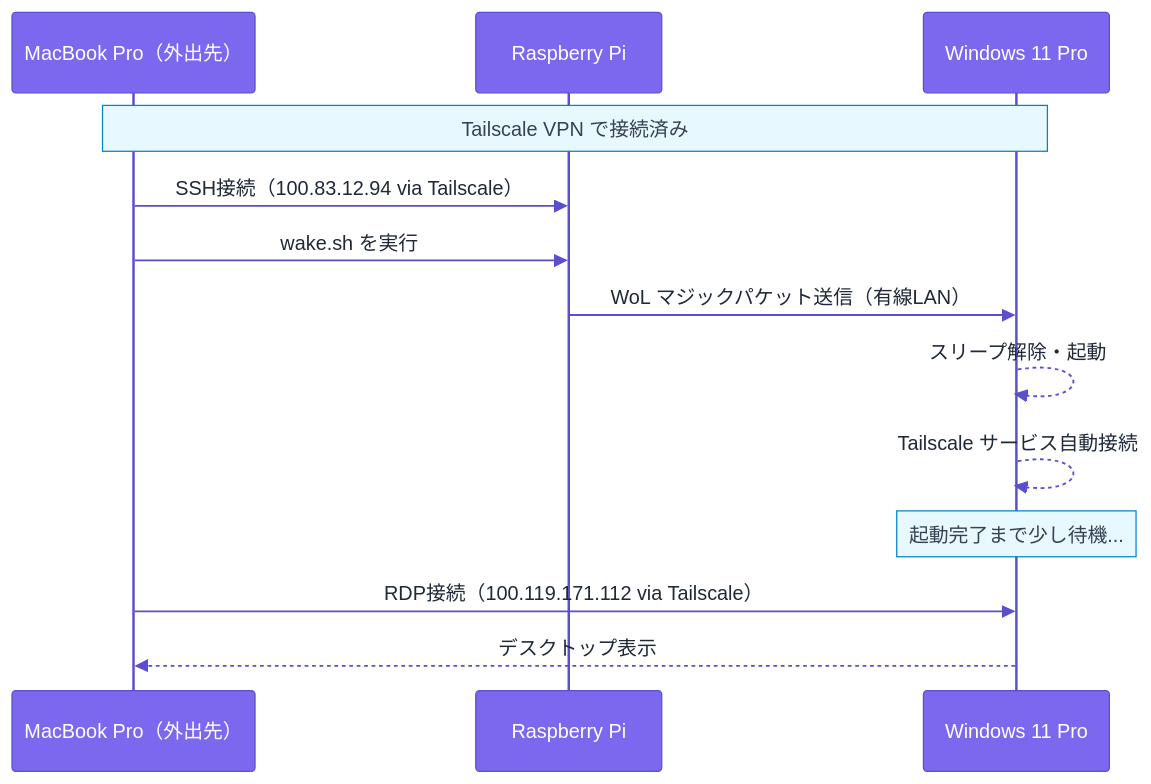
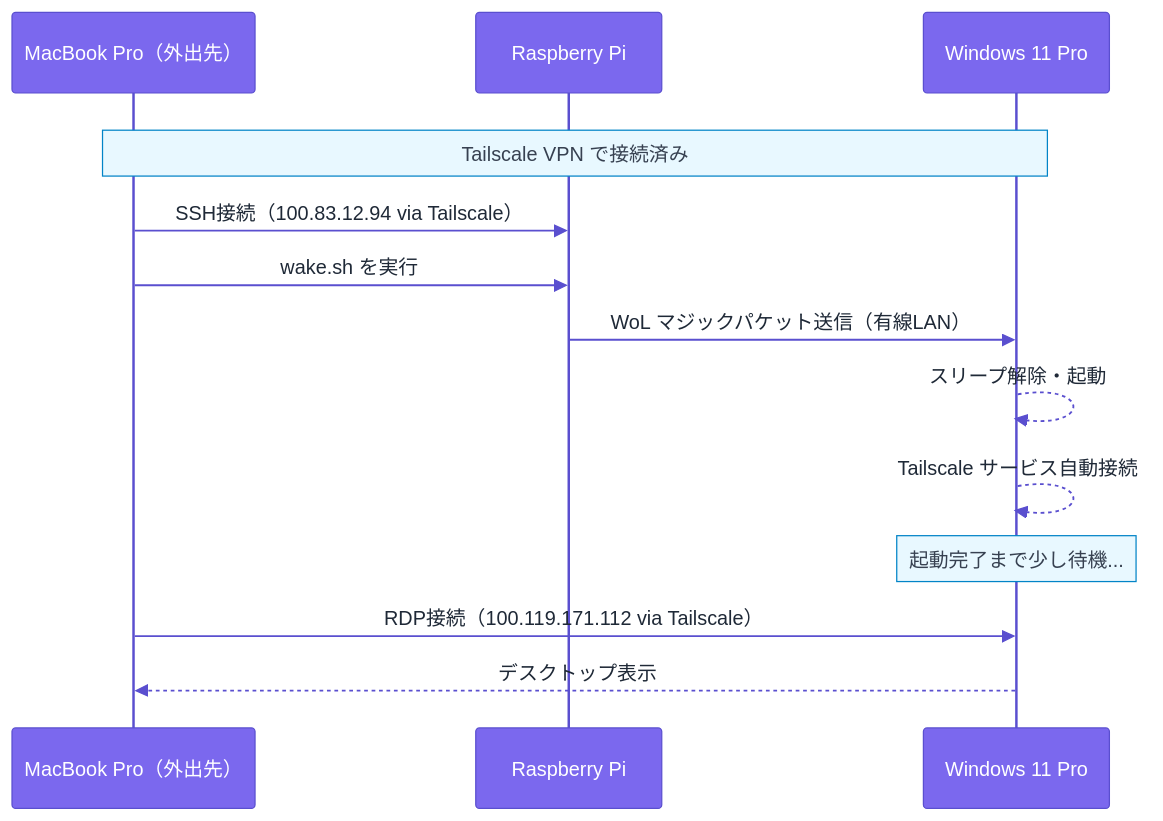
Before and after one commit to 0ceanMoo/qiita: the fourth of 4 diagrams in public/tailscale-wol-rdp.md, drawn with Mermaid. The commit also changed other lines of this file, not shown here.

Commit message:
シーケンス図の背景を修正

````diff
--- a/public/tailscale-wol-rdp.md
+++ b/public/tailscale-wol-rdp.md
@@ -118,16 +120,18 @@
 ```mermaid
 %%{init: {'theme': 'base', 'themeCSS': 'svg { background: #ffffff !important; } .messageText, .loopText, .noteText, .labelText { fill: #1f2937 !important; color: #1f2937 !important; }', 'themeVariables': {'background': '#ffffff', 'mainBkg': '#ffffff', 'primaryTextColor': '#1f2937', 'textColor': '#1f2937', 'actorBkg': '#7B68EE', 'actorTextColor': '#ffffff', 'actorBorder': '#5A4FCF', 'activationBkgColor': '#EDE9FE', 'activationBorderColor': '#5A4FCF', 'sequenceNumberColor': '#1f2937', 'lineColor': '#5A4FCF', 'signalColor': '#5A4FCF', 'signalTextColor': '#1f2937', 'labelBoxBkgColor': '#ffffff', 'labelBoxBorderColor': '#CBD5E1', 'labelTextColor': '#1f2937', 'loopTextColor': '#1f2937', 'noteBkgColor': '#E8F8FF', 'noteTextColor': '#374151', 'noteBorderColor': '#0284C7'}}}%%
 sequenceDiagram
     participant Mac as MacBook Pro（外出先）
     participant Pi as Raspberry Pi
     participant Win as Windows 11 Pro
-    Note over Mac,Win: Tailscale VPN で接続済み
-    Mac->>Pi: SSH接続（100.83.12.94 via Tailscale）
-    Mac->>Pi: wake.sh を実行
-    Pi->>Win: WoL マジックパケット送信（有線LAN）
-    Win-->>Win: スリープ解除・起動
-    Win-->>Win: Tailscale サービス自動接続
-    Note over Win: 起動完了まで少し待機...
-    Mac->>Win: RDP接続（100.119.171.112 via Tailscale）
-    Win-->>Mac: デスクトップ表示
+    rect rgb(255, 255, 255)
+        Note over Mac,Win: Tailscale VPN で接続済み
+        Mac->>Pi: SSH接続（100.83.12.94 via Tailscale）
+        Mac->>Pi: wake.sh を実行
+        Pi->>Win: WoL マジックパケット送信（有線LAN）
+        Win-->>Win: スリープ解除・起動
+        Win-->>Win: Tailscale サービス自動接続
+        Note over Win: 起動完了まで少し待機...
+        Mac->>Win: RDP接続（100.119.171.112 via Tailscale）
+        Win-->>Mac: デスクトップ表示
+    end
 ```
````
